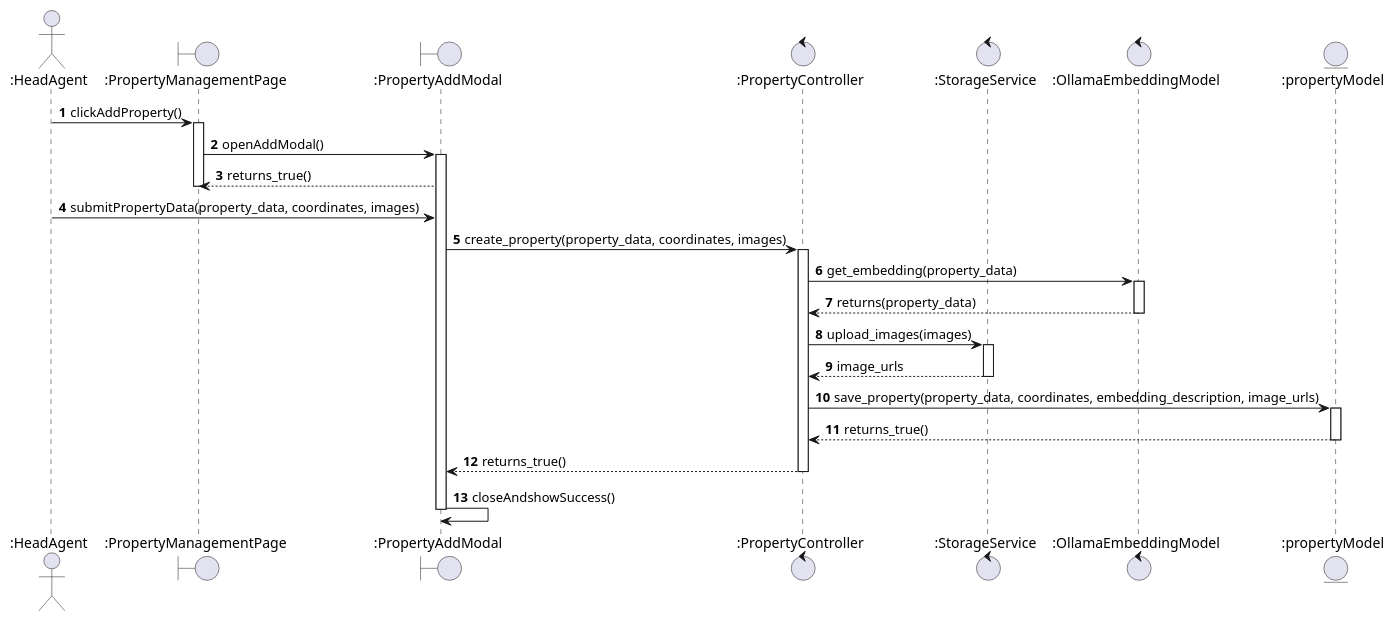
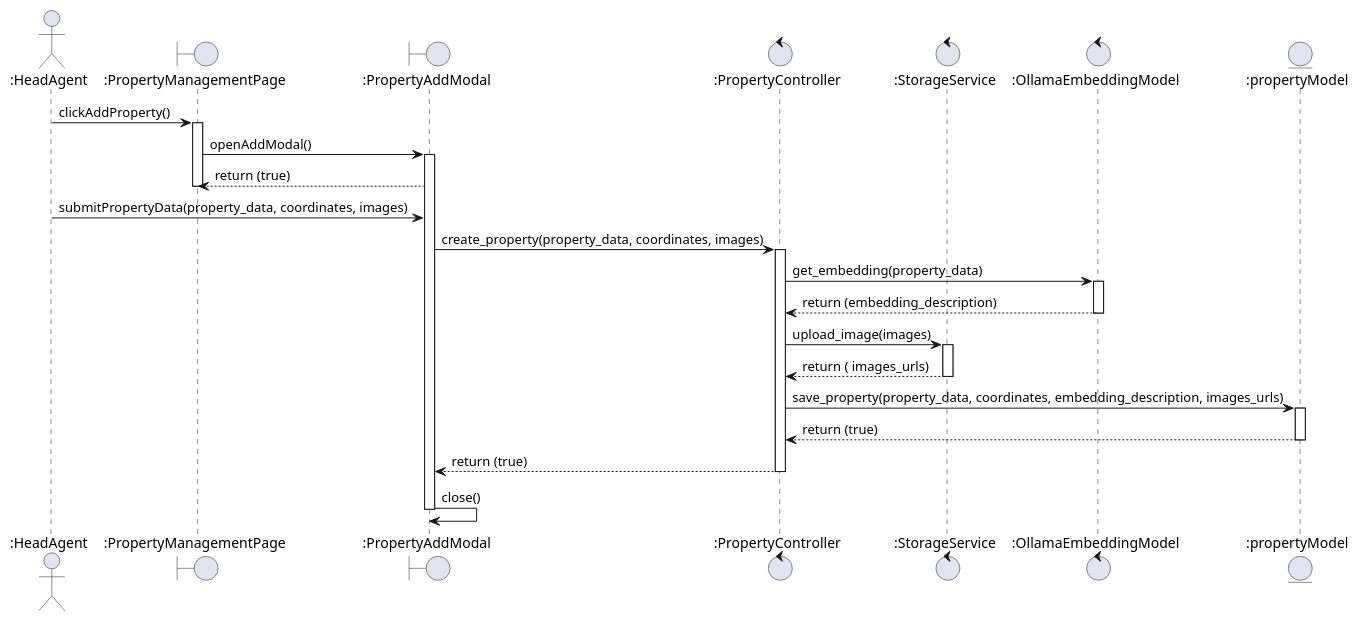
Before and after one commit to israhadjhassine/Graduation-Project-real-estate-automation: the diagram in docs/sequence_diagram_add_property.puml, drawn with PlantUML. The commit also changed 100 other files, not shown here.

```diff
--- a/docs/sequence_diagram_add_property.puml
+++ b/docs/sequence_diagram_add_property.puml
@@ -1,45 +1,45 @@
 @startuml
-autonumber
+
 
 actor ":HeadAgent" as HeadAgent
 boundary ":PropertyManagementPage" as PropertyManagementPage
 boundary ":PropertyAddModal" as PropertyModal
 control ":PropertyController" as PropertyController
 control ":StorageService" as StorageService
 control ":OllamaEmbeddingModel" as OllamaEmbeddingModel
 entity ":propertyModel" as propertyModel
 
 HeadAgent -> PropertyManagementPage : clickAddProperty()
 activate PropertyManagementPage
 
 PropertyManagementPage -> PropertyModal : openAddModal()
 activate PropertyModal
-PropertyManagementPage <-- PropertyModal : returns_true()
+PropertyManagementPage <-- PropertyModal : return (true)
 deactivate PropertyManagementPage
 
 HeadAgent -> PropertyModal : submitPropertyData(property_data, coordinates, images)
 
 PropertyModal -> PropertyController : create_property(property_data, coordinates, images)
 activate PropertyController
 
 PropertyController -> OllamaEmbeddingModel : get_embedding(property_data)
 activate OllamaEmbeddingModel
-OllamaEmbeddingModel --> PropertyController : returns(property_data)
+OllamaEmbeddingModel --> PropertyController : return (embedding_description)
 deactivate OllamaEmbeddingModel
 
-PropertyController -> StorageService : upload_images(images)
+PropertyController -> StorageService : upload_image(images)
 activate StorageService
-StorageService --> PropertyController : image_urls
+StorageService --> PropertyController : return ( images_urls)
 deactivate StorageService
 
-PropertyController -> propertyModel : save_property(property_data, coordinates, embedding_description, image_urls)
+PropertyController -> propertyModel : save_property(property_data, coordinates, embedding_description, images_urls)
 activate propertyModel
-propertyModel --> PropertyController : returns_true()
+propertyModel --> PropertyController : return (true)
 deactivate propertyModel
 
-PropertyController --> PropertyModal : returns_true()
+PropertyController --> PropertyModal : return (true)
 deactivate PropertyController
 
-PropertyModal -> PropertyModal : closeAndshowSuccess()
+PropertyModal -> PropertyModal : close()
 deactivate PropertyModal
 @enduml
```
